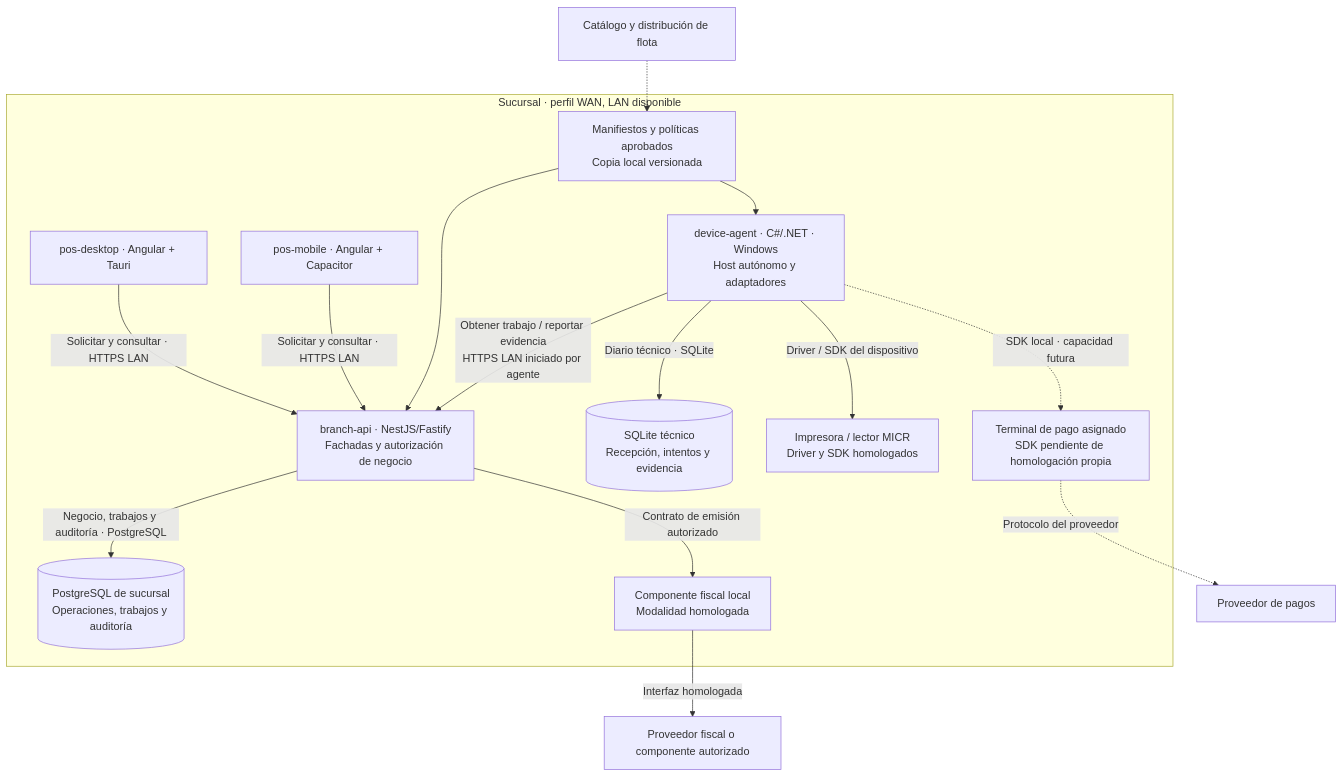
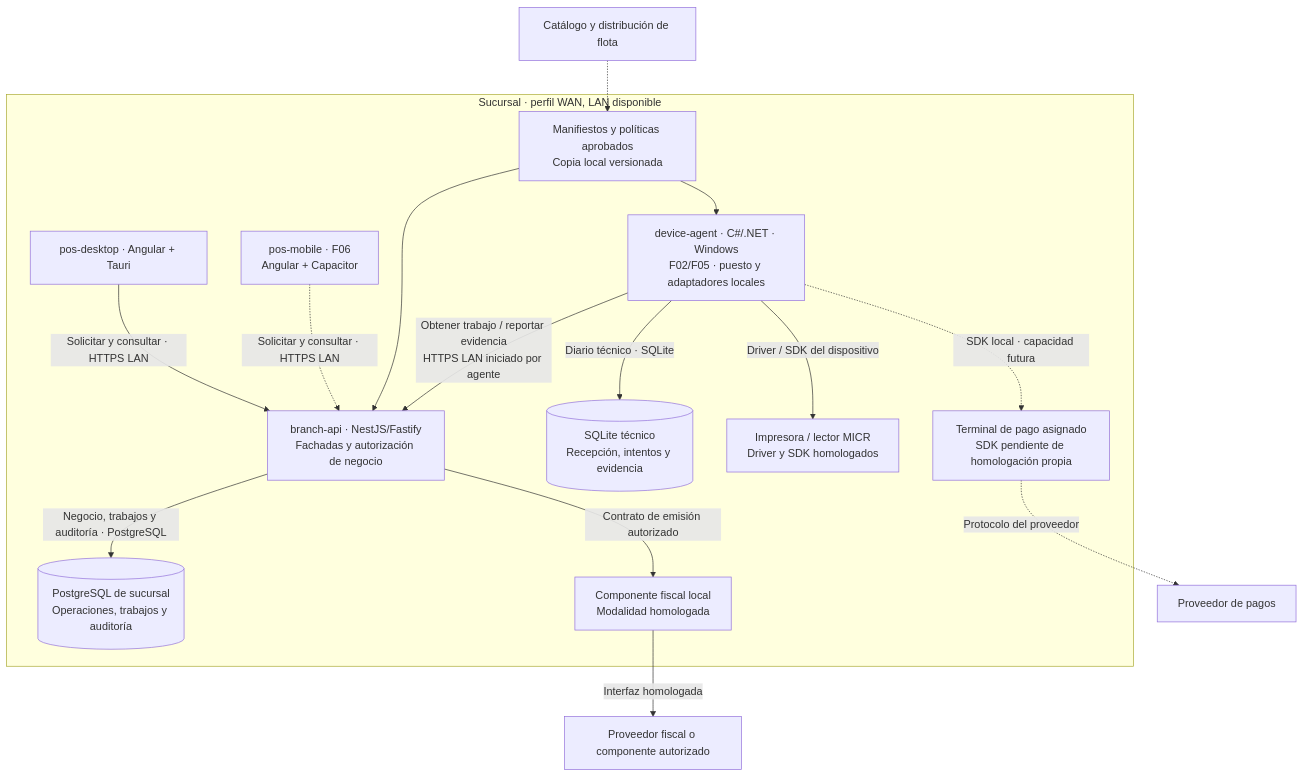
One commit to developer-implementos/pos-docs changed the diagram in docs/extensibilidad-proveedores-dispositivos.md. Above: the diagram before and after it, drawn with Mermaid. The commit also changed other lines of this file and 83 other files, not shown here.

````diff
--- a/docs/extensibilidad-proveedores-dispositivos.md
+++ b/docs/extensibilidad-proveedores-dispositivos.md
@@ -56,28 +56,28 @@
 ```mermaid
 flowchart TB
     subgraph Sucursal["Sucursal · perfil WAN, LAN disponible"]
         UI["pos-desktop · Angular + Tauri"]
-        Mobile["pos-mobile · Angular + Capacitor"]
+        Mobile["pos-mobile · F06<br/>Angular + Capacitor"]
         POS["branch-api · NestJS/Fastify<br/>Fachadas y autorización de negocio"]
         DB[("PostgreSQL de sucursal<br/>Operaciones, trabajos y auditoría")]
         Config["Manifiestos y políticas aprobados<br/>Copia local versionada"]
-        Agent["device-agent · C#/.NET · Windows<br/>Host autónomo y adaptadores"]
+        Agent["device-agent · C#/.NET · Windows<br/>F02/F05 · puesto y adaptadores locales"]
         Journal[("SQLite técnico<br/>Recepción, intentos y evidencia")]
         Printer["Impresora / lector MICR<br/>Driver y SDK homologados"]
         Terminal["Terminal de pago asignado<br/>SDK pendiente de homologación propia"]
         FiscalLocal["Componente fiscal local<br/>Modalidad homologada"]
         UI -->|"Solicitar y consultar · HTTPS LAN"| POS
-        Mobile -->|"Solicitar y consultar · HTTPS LAN"| POS
+        Mobile -.->|"Solicitar y consultar · HTTPS LAN"| POS
         POS -->|"Negocio, trabajos y auditoría · PostgreSQL"| DB
         Config --> POS
         Config --> Agent
         Agent -->|"Obtener trabajo / reportar evidencia<br/>HTTPS LAN iniciado por agente"| POS
         Agent -->|"Diario técnico · SQLite"| Journal
         Agent -->|"Driver / SDK del dispositivo"| Printer
         Agent -.->|"SDK local · capacidad futura"| Terminal
         POS -->|"Contrato de emisión autorizado"| FiscalLocal
     end
     FiscalLocal -->|"Interfaz homologada"| Fiscal["Proveedor fiscal o componente autorizado"]
     Terminal -.->|"Protocolo del proveedor"| Acquirer["Proveedor de pagos"]
     Fleet["Catálogo y distribución de flota"] -.-> Config
 ```
````
